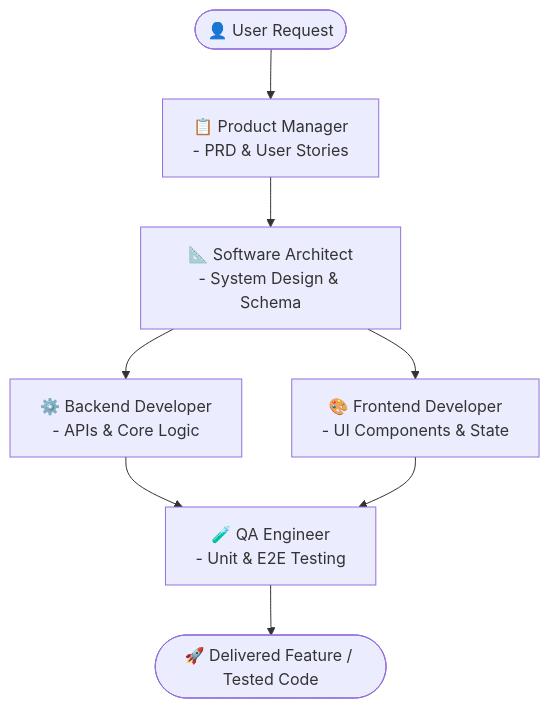
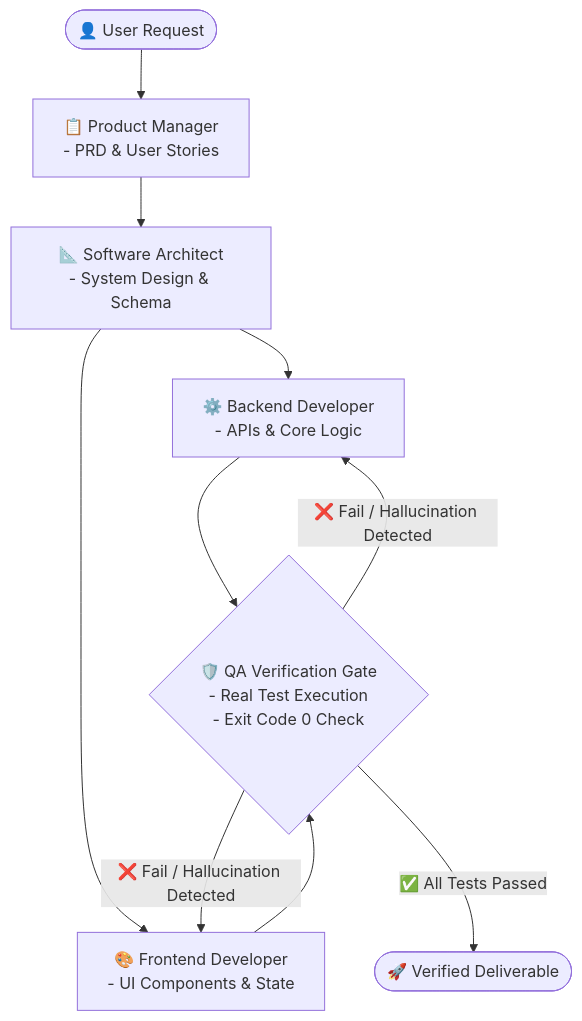
Before and after one commit to deawpic/TeamAgents: the diagram in README.md, drawn with Mermaid. The commit also changed other lines of this file and 12 other files, not shown here.

````diff
--- a/README.md
+++ b/README.md
@@ -34,10 +46,12 @@
 ```mermaid
 flowchart TD
     User([👤 User Request]) --> PM[📋 Product Manager\n- PRD & User Stories]
     PM --> Arch[📐 Software Architect\n- System Design & Schema]
     Arch --> BE[⚙️ Backend Developer\n- APIs & Core Logic]
     Arch --> FE[🎨 Frontend Developer\n- UI Components & State]
-    BE --> QA[🧪 QA Engineer\n- Unit & E2E Testing]
-    FE --> QA
-    QA --> Output([🚀 Delivered Feature / Tested Code])
+    BE --> Gate{🛡️ QA Verification Gate\n- Real Test Execution\n- Exit Code 0 Check}
+    FE --> Gate
+    Gate -- ❌ Fail / Hallucination Detected --> BE
+    Gate -- ❌ Fail / Hallucination Detected --> FE
+    Gate -- ✅ All Tests Passed --> Output([🚀 Verified Deliverable])
 ```
````
